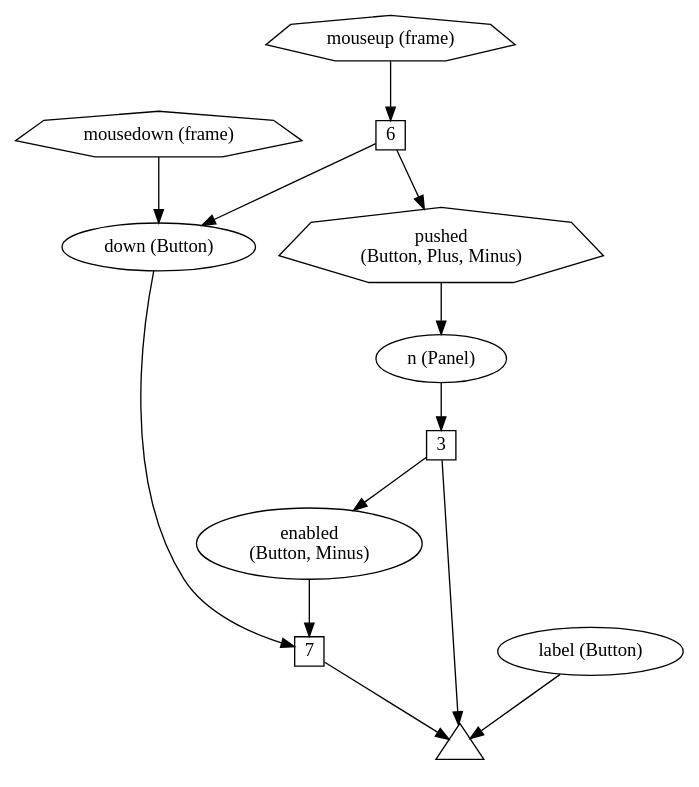
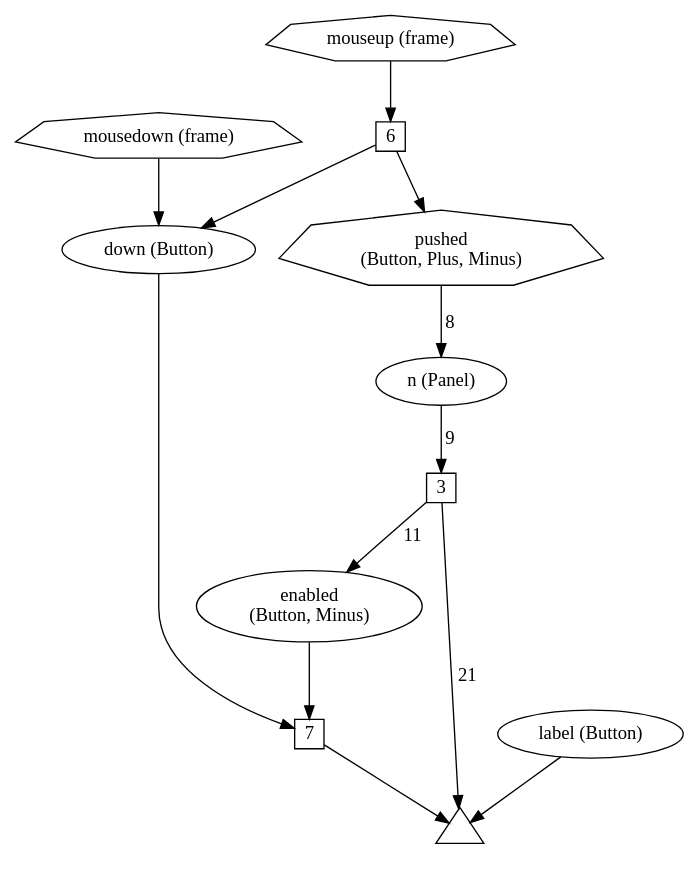
The diagram in spec/fig/graph-panel-min.gv (bendr/bender), drawn with Graphviz before and after one commit. The commit also changed 13 other files, not shown here.

```diff
--- a/spec/fig/graph-panel-min.gv
+++ b/spec/fig/graph-panel-min.gv
@@ -1,36 +1,35 @@
 digraph bender {
   node [fontname="Avenir Next"];
   edge [fontname="Avenir Next"];
 
   t [label="", shape=triangle, fixedsize=true, width=0.5];
-
-  pushed -> n;
-
   n [label="n (Panel)"];
   w3 [label="3", shape=square, fixedsize=true, width=0.3];
-  n -> w3
-  w3 -> t
   enabled [label="enabled\n(Button, Minus)"]
-  w3 -> enabled
+
+  pushed -> n [label=" 8"];
+  n -> w3 [label=" 9"];
+  w3 -> t [label=" 21"];
+  w3 -> enabled [label=" 11"];
 
   label [label="label (Button)"];
   label -> t;
 
   mousedown [label="mousedown (frame)", shape=septagon];
   down [label="down (Button)"];
   mousedown -> down;
 
   mouseup [label="mouseup (frame)", shape=septagon];
   w6 [label="6", shape=square, fixedsize=true, width=0.3];
   mouseup -> w6;
   w6 -> down;
   w6 -> pushed;
 
   pushed [label="pushed\n(Button, Plus, Minus)", shape=septagon];
   w7 [label="7", shape=square, fixedsize=true, width=0.3];
   enabled -> w7; 
   down -> w7;
 
   w7 -> t;
 
 }
```
